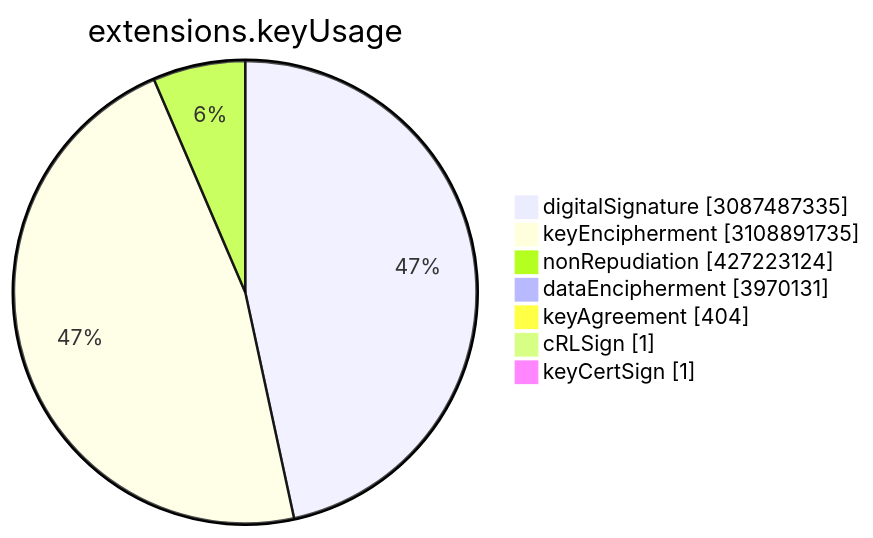
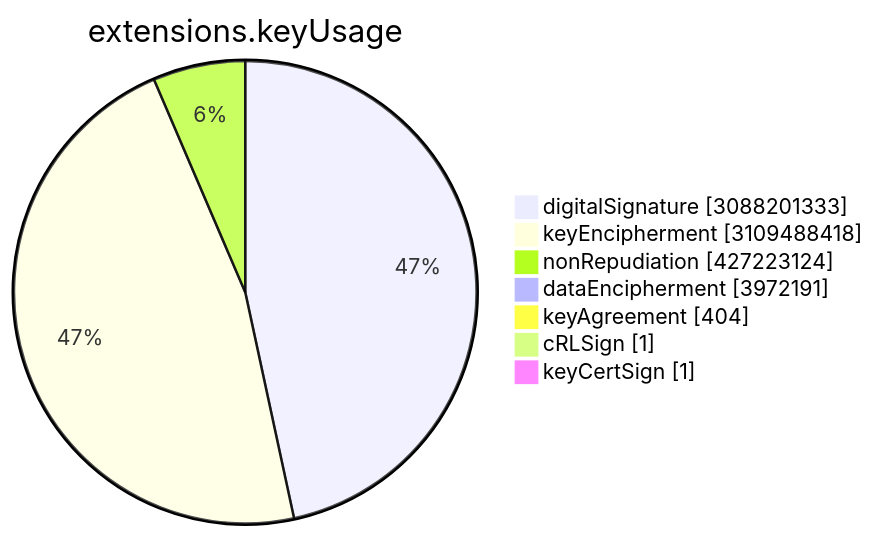
The sixth of 15 diagrams in TOTAL/README.md (christiankrug/ctmonitor_visualization), drawn with Mermaid before and after one commit. The commit also changed other lines of this file, not shown here.

````diff
--- a/TOTAL/README.md
+++ b/TOTAL/README.md
@@ -3077,11 +3077,11 @@
 ```mermaid
 pie showData
 title extensions.keyUsage
-"digitalSignature" :3087487335
-"keyEncipherment" :3108891735
+"digitalSignature" :3088201333
+"keyEncipherment" :3109488418
 "nonRepudiation" :427223124
-"dataEncipherment" :3970131
+"dataEncipherment" :3972191
 "keyAgreement" :404
 "cRLSign" :1
 "keyCertSign" :1
 ```
````
